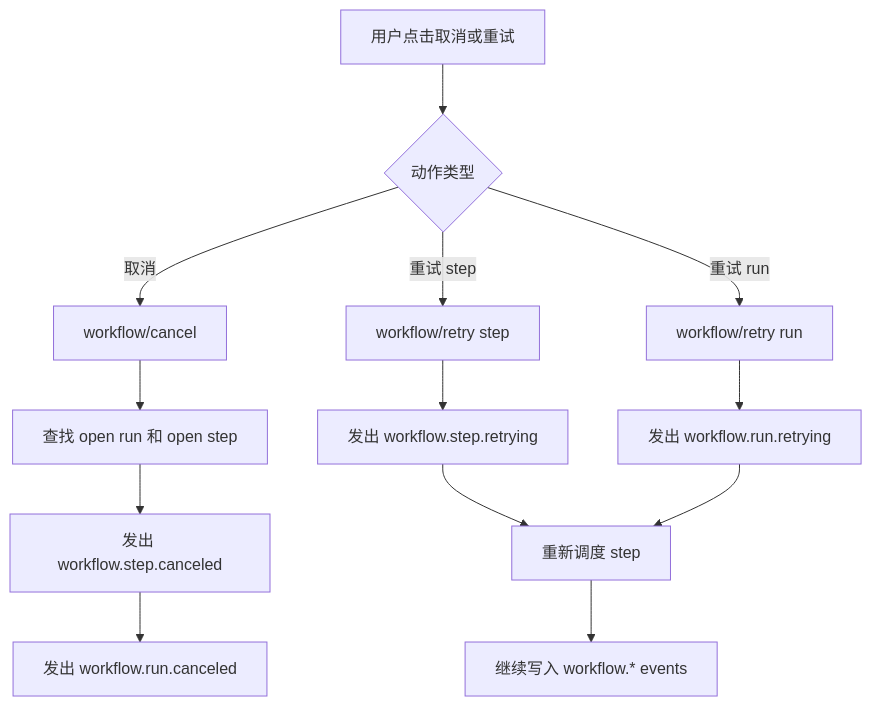
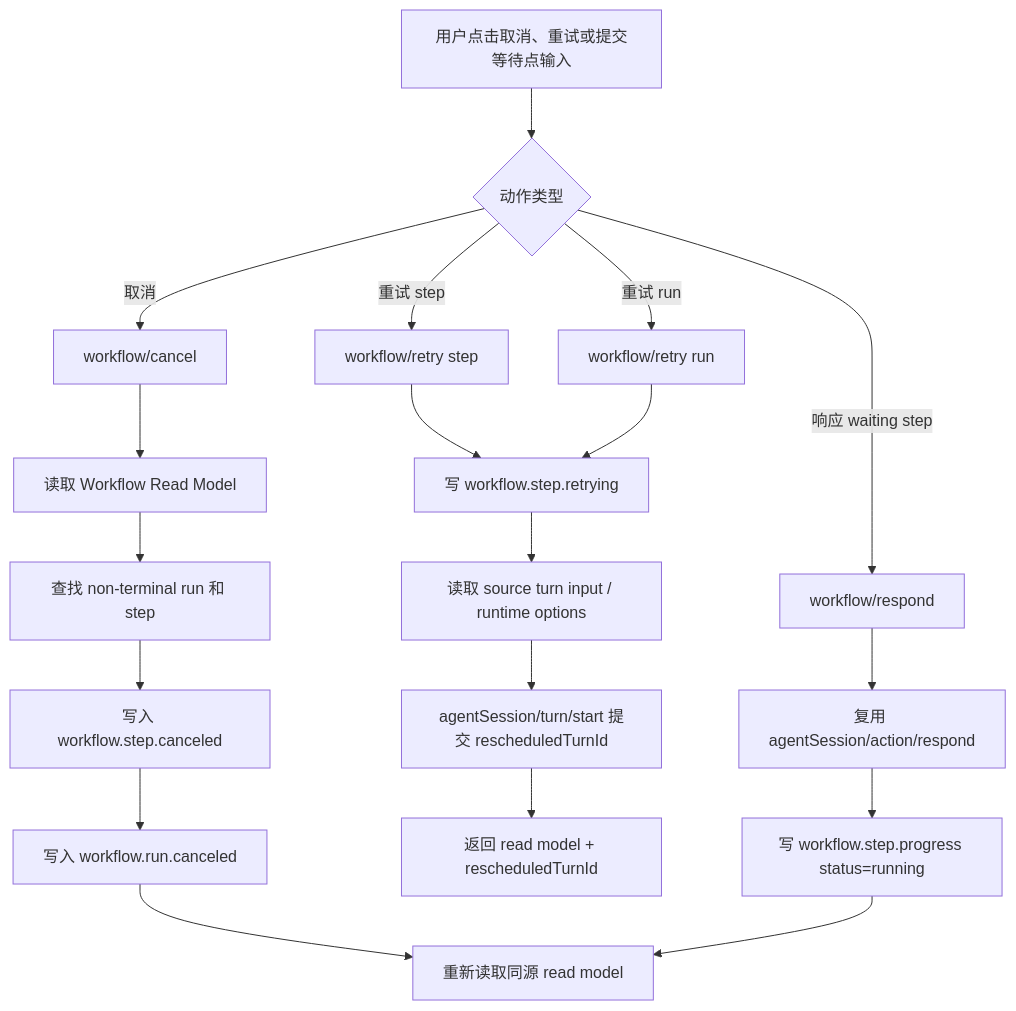
Before and after one commit to jiujuan/lime: the sixth of 9 diagrams in internal/roadmap/workflow/diagrams.md, drawn with Mermaid. The commit also changed other lines of this file and 950 other files, not shown here.

````diff
--- a/internal/roadmap/workflow/diagrams.md
+++ b/internal/roadmap/workflow/diagrams.md
@@ -126,15 +126,21 @@
 ```mermaid
 flowchart TD
-  A[用户点击取消或重试] --> B{动作类型}
+  A[用户点击取消、重试或提交等待点输入] --> B{动作类型}
   B -->|取消| C[workflow/cancel]
   B -->|重试 step| D[workflow/retry step]
   B -->|重试 run| E[workflow/retry run]
-  C --> F[查找 open run 和 open step]
-  F --> G[发出 workflow.step.canceled]
-  G --> H[发出 workflow.run.canceled]
-  D --> I[发出 workflow.step.retrying]
-  E --> J[发出 workflow.run.retrying]
-  I --> K[重新调度 step]
-  J --> K
-  K --> L[继续写入 workflow.* events]
+  B -->|响应 waiting step| R[workflow/respond]
+  C --> F[读取 Workflow Read Model]
+  F --> G[查找 non-terminal run 和 step]
+  G --> H[写入 workflow.step.canceled]
+  H --> I[写入 workflow.run.canceled]
+  I --> J[重新读取同源 read model]
+  D --> K[写 workflow.step.retrying]
+  E --> K
+  K --> N[读取 source turn input / runtime options]
+  N --> O[agentSession/turn/start 提交 rescheduledTurnId]
+  O --> P[返回 read model + rescheduledTurnId]
+  R --> L[复用 agentSession/action/respond]
+  L --> Q[写 workflow.step.progress status=running]
+  Q --> J
 ```
````
